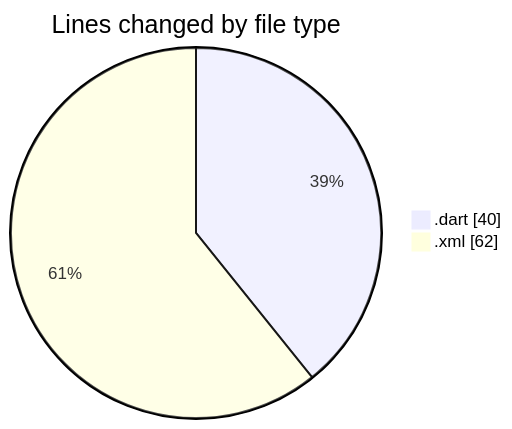
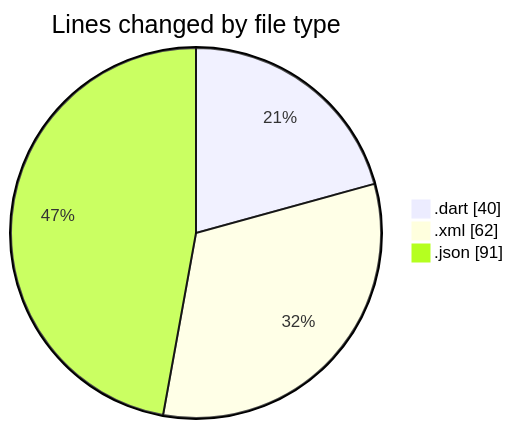
One commit to donsfak/code-tracking changed the first of 2 diagrams in 2025-02-20/uber_clone/README.md. Above: the diagram before and after it, drawn with Mermaid. The commit also changed other lines of this file and 1 other file, not shown here.

````diff
--- a/2025-02-20/uber_clone/README.md
+++ b/2025-02-20/uber_clone/README.md
@@ -22,6 +23,7 @@
 ```mermaid
 pie showData
 title Lines changed by file type
 ".dart" : 40
 ".xml" : 62
+".json" : 91
 ```
````
